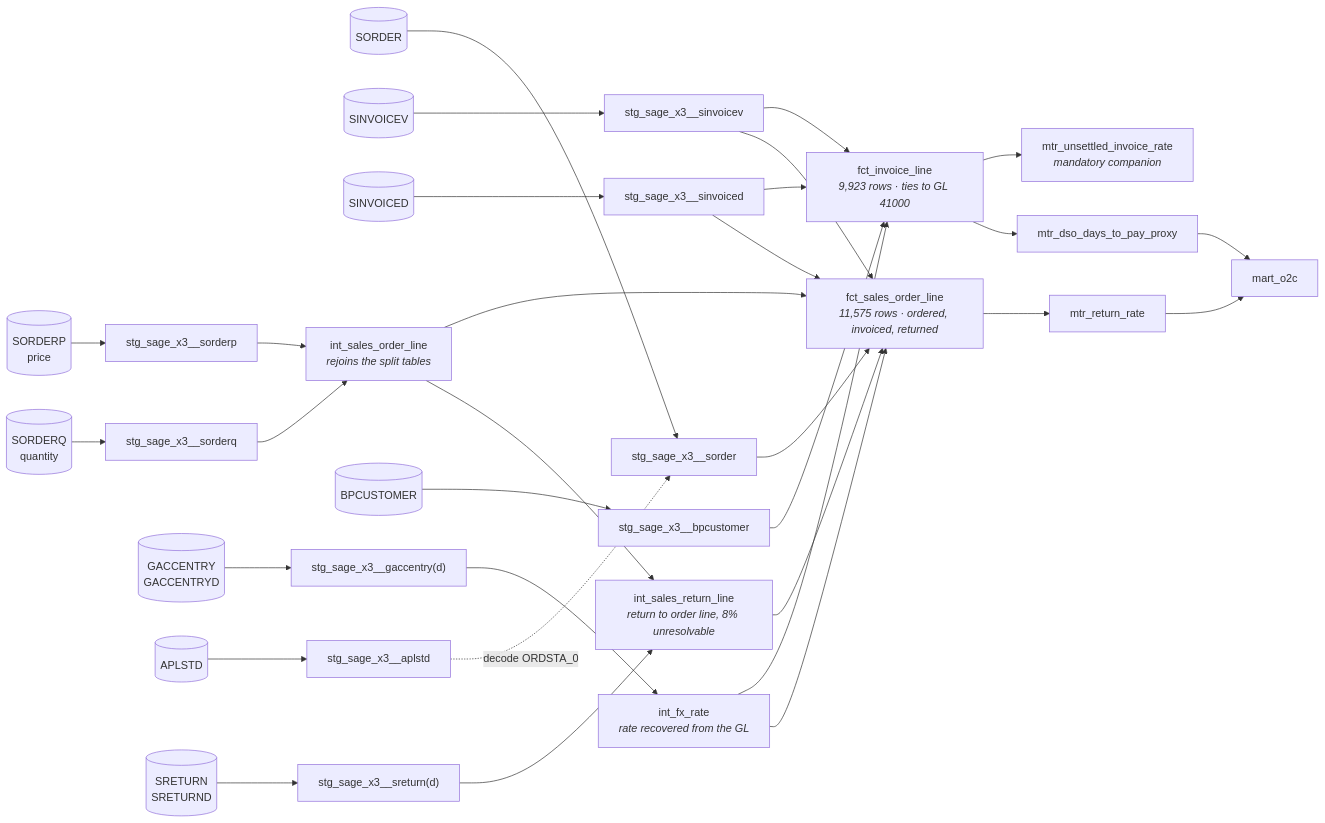
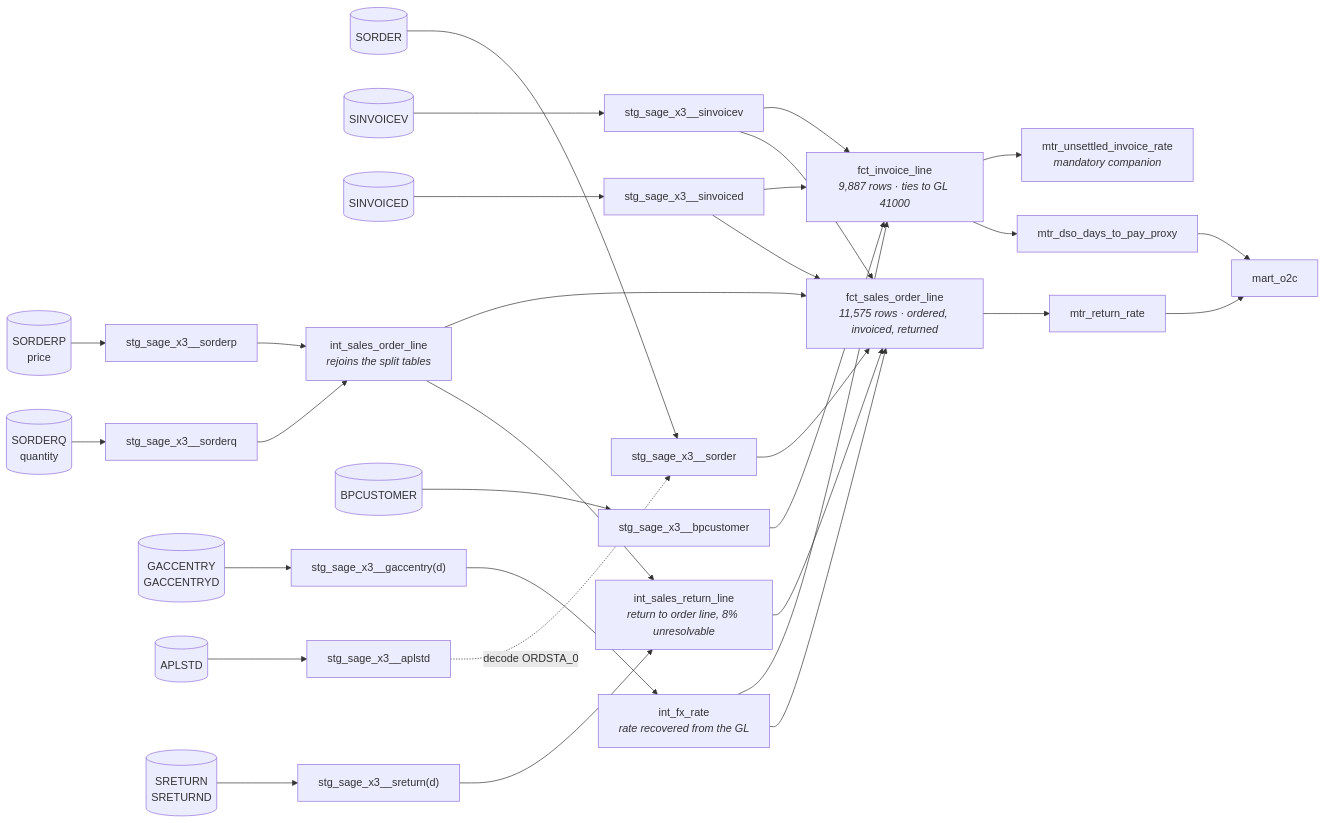
Diagram 11 of 14 in docs/data_model.md (patrickmhaney/bgr_control_tower), drawn with Mermaid before and after one commit. The commit also changed other lines of this file and 34 other files, not shown here.

````diff
--- a/docs/data_model.md
+++ b/docs/data_model.md
@@ -1037,37 +1037,37 @@
 ```mermaid
 flowchart LR
     src_sq[("SORDERQ<br/>quantity")] --> stg_sq["stg_sage_x3__sorderq"]
     src_sp[("SORDERP<br/>price")] --> stg_sp["stg_sage_x3__sorderp"]
     src_so[("SORDER")] --> stg_so["stg_sage_x3__sorder"]
     src_iv[("SINVOICEV")] --> stg_iv["stg_sage_x3__sinvoicev"]
     src_id[("SINVOICED")] --> stg_id["stg_sage_x3__sinvoiced"]
     src_gl[("GACCENTRY<br/>GACCENTRYD")] --> stg_gl["stg_sage_x3__gaccentry(d)"]
     src_bc[("BPCUSTOMER")] --> stg_bc["stg_sage_x3__bpcustomer"]
     src_ap[("APLSTD")] --> stg_ap["stg_sage_x3__aplstd"]
     src_rt[("SRETURN<br/>SRETURND")] --> stg_rt["stg_sage_x3__sreturn(d)"]
 
     stg_ap -.->|"decode ORDSTA_0"| stg_so
     stg_sq --> int_sol["int_sales_order_line<br/><i>rejoins the split tables</i>"]
     stg_sp --> int_sol
     stg_gl --> int_fx["int_fx_rate<br/><i>rate recovered from the GL</i>"]
     stg_rt --> int_rt["int_sales_return_line<br/><i>return to order line, 8% unresolvable</i>"]
     int_sol --> int_rt
 
     int_sol --> fsol["fct_sales_order_line<br/><i>11,575 rows · ordered, invoiced, returned</i>"]
     stg_so --> fsol
     int_fx --> fsol
     int_rt --> fsol
     stg_id --> fsol
     stg_iv --> fsol
 
-    stg_id --> fil["fct_invoice_line<br/><i>9,923 rows · ties to GL 41000</i>"]
+    stg_id --> fil["fct_invoice_line<br/><i>9,887 rows · ties to GL 41000</i>"]
     stg_iv --> fil
     stg_bc --> fil
     int_fx --> fil
 
     fil --> mtr_dso["mtr_dso_days_to_pay_proxy"]
     fil --> mtr_uns["mtr_unsettled_invoice_rate<br/><i>mandatory companion</i>"]
     fsol --> mtr_rr["mtr_return_rate"]
     mtr_dso --> o2c["mart_o2c"]
     mtr_rr --> o2c
 ```
````
